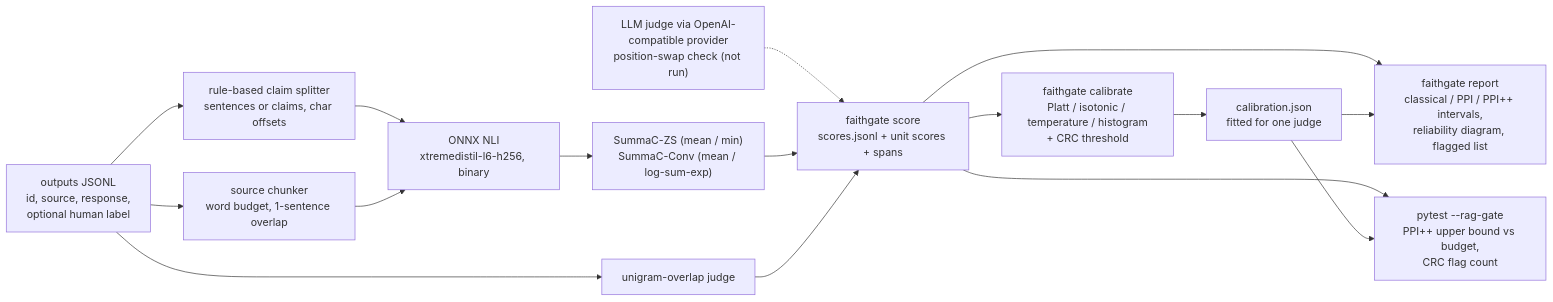
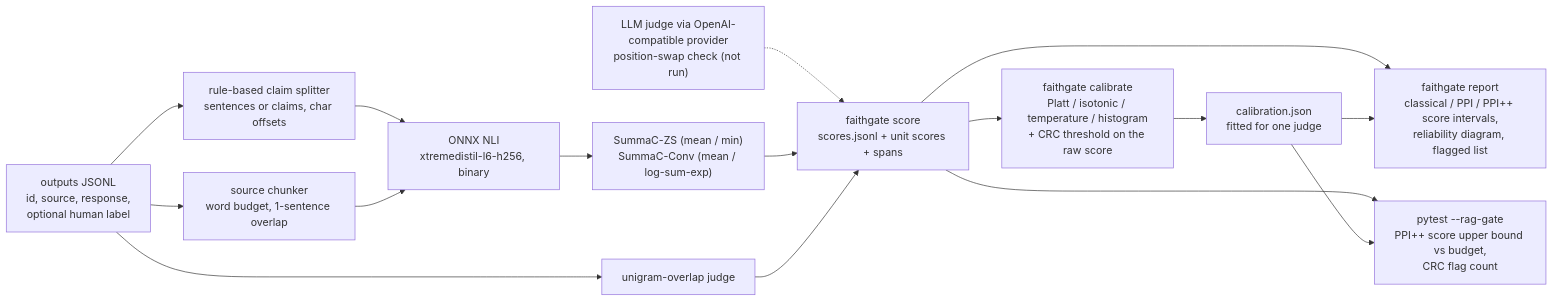
The diagram in README.md (daniellopez882/rag-faithfulness-ppi-gate), drawn with Mermaid before and after one commit. The commit also changed other lines of this file and 1 other file, not shown here.

First line of the commit message:
Rewrite the README around the score bound and task-matched ranking

````diff
--- a/README.md
+++ b/README.md
@@ -203,18 +260,18 @@
 ```mermaid
 flowchart LR
     IN["outputs JSONL<br/>id, source, response,<br/>optional human label"] --> SPLIT["rule-based claim splitter<br/>sentences or claims, char offsets"]
     IN --> CHUNK["source chunker<br/>word budget, 1-sentence overlap"]
     SPLIT --> NLI["ONNX NLI<br/>xtremedistil-l6-h256, binary"]
     CHUNK --> NLI
     NLI --> AGG["SummaC-ZS (mean / min)<br/>SummaC-Conv (mean / log-sum-exp)"]
     IN --> OVL["unigram-overlap judge"]
     LLM["LLM judge via OpenAI-compatible provider<br/>position-swap check (not run)"] -.-> SCORE
     AGG --> SCORE["faithgate score<br/>scores.jsonl + unit scores + spans"]
     OVL --> SCORE
-    SCORE --> CAL["faithgate calibrate<br/>Platt / isotonic / temperature / histogram<br/>+ CRC threshold"]
+    SCORE --> CAL["faithgate calibrate<br/>Platt / isotonic / temperature / histogram<br/>+ CRC threshold on the raw score"]
     CAL --> ART["calibration.json<br/>fitted for one judge"]
-    SCORE --> REP["faithgate report<br/>classical / PPI / PPI++ intervals,<br/>reliability diagram, flagged list"]
+    SCORE --> REP["faithgate report<br/>classical / PPI / PPI++ score intervals,<br/>reliability diagram, flagged list"]
     ART --> REP
-    SCORE --> GATE["pytest --rag-gate<br/>PPI++ upper bound vs budget,<br/>CRC flag count"]
+    SCORE --> GATE["pytest --rag-gate<br/>PPI++ score upper bound vs budget,<br/>CRC flag count"]
     ART --> GATE
 ```
````
